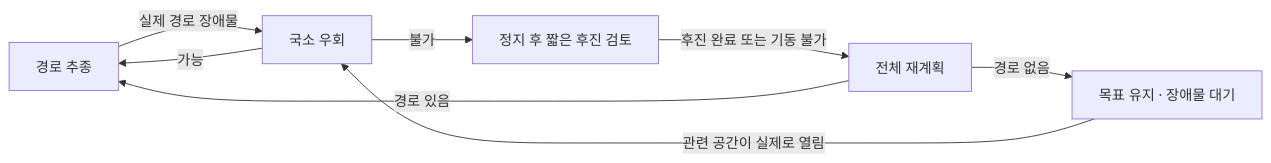
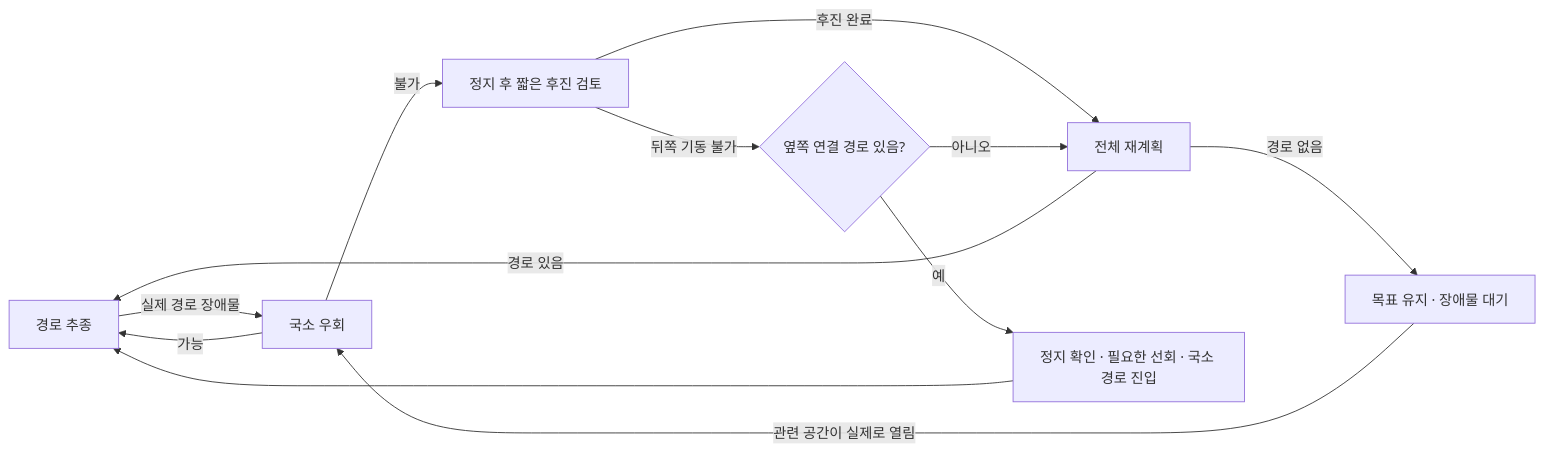
One commit to kiki8105/SMART-VISION-AMR changed the diagram in docs/NAVIGATION_POLICY.md. Above: the diagram before and after it, drawn with Mermaid. The commit also changed other lines of this file and 120 other files, not shown here.

````diff
--- a/docs/NAVIGATION_POLICY.md
+++ b/docs/NAVIGATION_POLICY.md
@@ -8,10 +8,14 @@
 ```mermaid
 flowchart LR
     A[경로 추종] -->|실제 경로 장애물| B[국소 우회]
     B -->|가능| A
     B -->|불가| C[정지 후 짧은 후진 검토]
-    C -->|후진 완료 또는 기동 불가| D[전체 재계획]
+    C -->|후진 완료| D[전체 재계획]
+    C -->|뒤쪽 기동 불가| S{옆쪽 연결 경로 있음?}
+    S -->|예| T[정지 확인 · 필요한 선회 · 국소 경로 진입]
+    T --> A
+    S -->|아니오| D
     D -->|경로 있음| A
     D -->|경로 없음| E[목표 유지 · 장애물 대기]
     E -->|관련 공간이 실제로 열림| B
 ```
````
